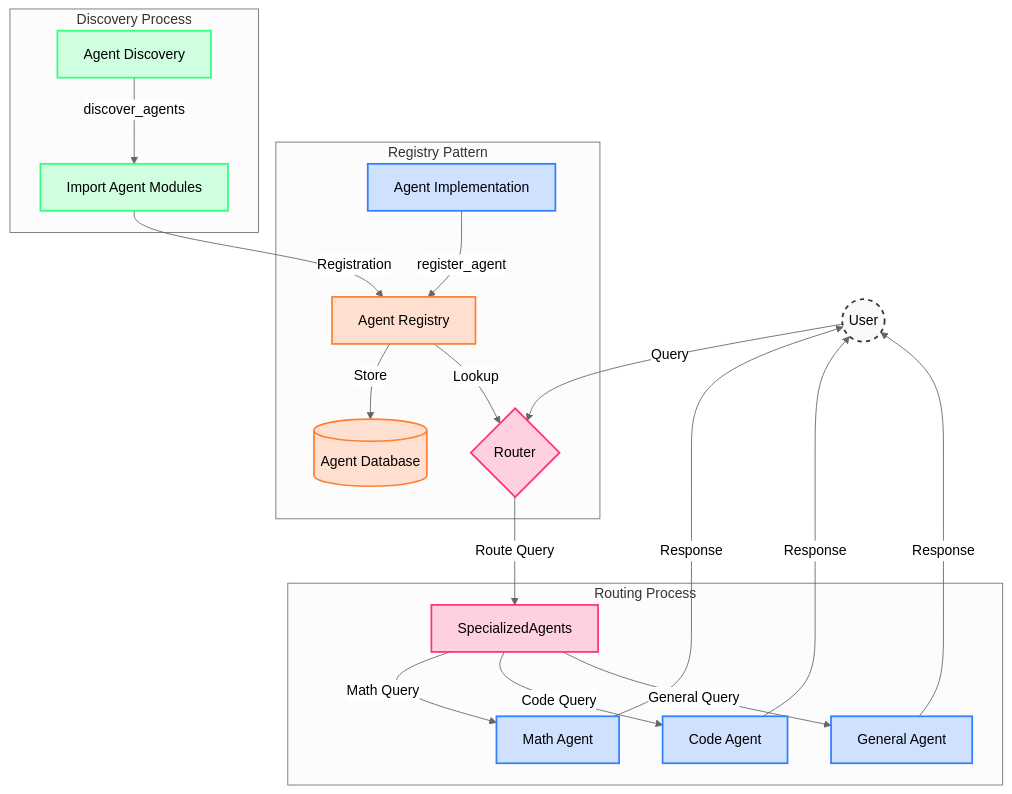
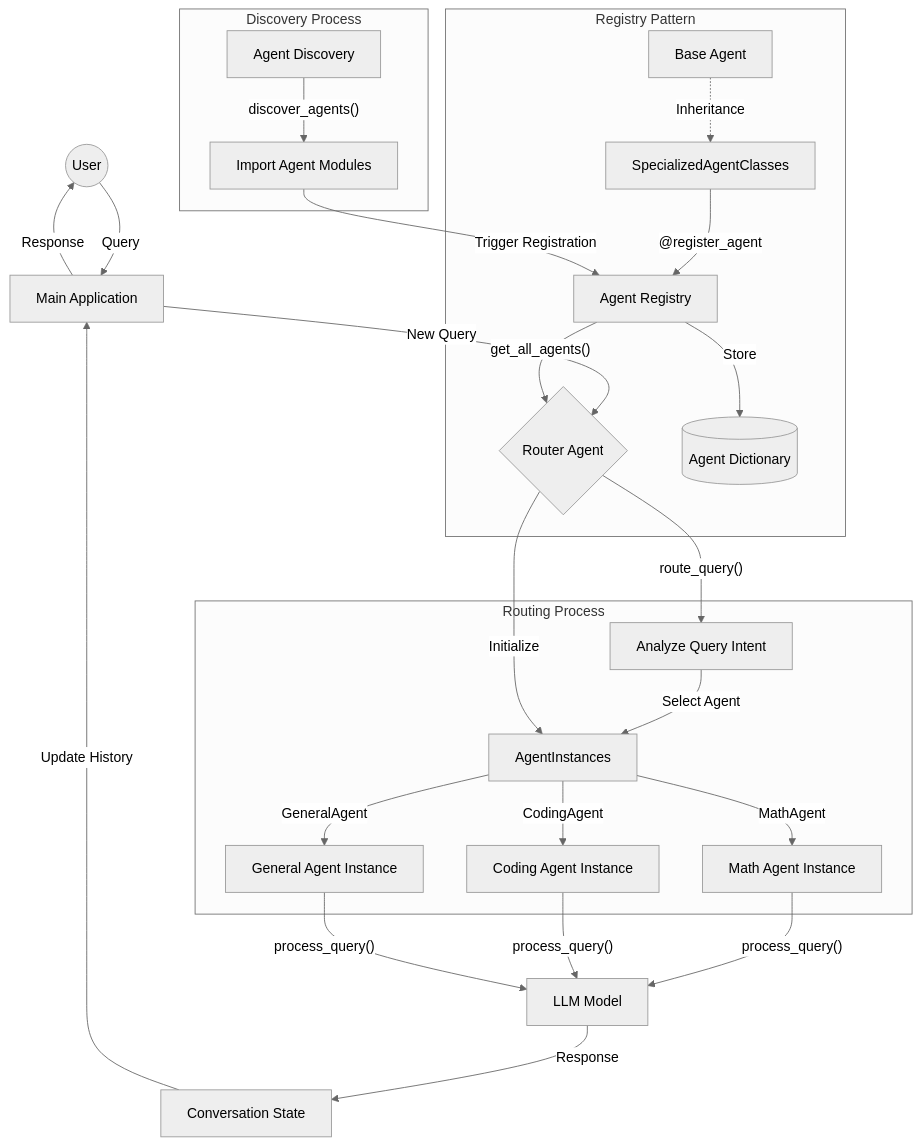
The first of 2 diagrams in README.md (AnuragVikramSingh/multi-agent-registry-kit), drawn with Mermaid (neutral theme) before and after one commit. The commit also changed other lines of this file, not shown here.

Commit message:
Syntax fix for mermaid diagram

````diff
--- a/README.md
+++ b/README.md
@@ -123,38 +123,41 @@
 ```mermaid
 graph TD
-    User((User)) -->|Query| Router
+    User((User)) -->|Query| Main[Main Application]
+    Main -->|New Query| Router
     
-    subgraph "Registry Pattern"
-        B[Agent Registry] -->|Store| AgentDB[(Agent Database)]
-        A[Agent Implementation] -->|"register_agent"| B
-        B -->|Lookup| Router
+    subgraph Registry[Registry Pattern]
+        AgentRegistry[Agent Registry] -->|Store| AgentDict[(Agent Dictionary)]
+        BaseAgent[Base Agent] -.->|Inheritance| SpecializedAgentClasses
+        SpecializedAgentClasses -->|"@register_agent"| AgentRegistry
+        AgentRegistry -->|"get_all_agents()"| Router
     end
     
-    subgraph "Discovery Process"
-        C[Agent Discovery] -->|discover_agents| D[Import Agent Modules]
-        D -->|Registration| B
+    subgraph Discovery[Discovery Process]
+        AgentDiscovery[Agent Discovery] -->|"discover_agents()"| ImportModules[Import Agent Modules]
+        ImportModules -->|Trigger Registration| AgentRegistry
     end
     
-    subgraph "Routing Process"
-        Router{Router} -->|Route Query| SpecializedAgents
-        SpecializedAgents -->|Math Query| MathAgent[Math Agent]
-        SpecializedAgents -->|Code Query| CodeAgent[Code Agent]
-        SpecializedAgents -->|General Query| GenAgent[General Agent]
+    subgraph Routing[Routing Process]
+        Router{Router Agent} -->|"route_query()"| AnalyzeIntent[Analyze Query Intent]
+        AnalyzeIntent -->|Select Agent| AgentInstances
+        Router -->|Initialize| AgentInstances
+        AgentInstances -->|MathAgent| MathInstance[Math Agent Instance]
+        AgentInstances -->|CodingAgent| CodeInstance[Coding Agent Instance]
+        AgentInstances -->|GeneralAgent| GenInstance[General Agent Instance]
     end
     
-    MathAgent -->|Response| User
-    CodeAgent -->|Response| User
-    GenAgent -->|Response| User
+    MathInstance -->|"process_query()"| LLMModel[LLM Model]
+    CodeInstance -->|"process_query()"| LLMModel
+    GenInstance -->|"process_query()"| LLMModel
     
-    classDef registry fill:#ffe0d0,stroke:#ff8030,stroke-width:2px
-    classDef agent fill:#d0e0ff,stroke:#3080ff,stroke-width:2px
-    classDef process fill:#d0ffe0,stroke:#30ff80,stroke-width:2px
-    classDef orchestrator fill:#ffd0e0,stroke:#ff3080,stroke-width:2px
-    classDef user fill:#f9f9f9,stroke:#333,stroke-width:2px,stroke-dasharray: 5 5
+    LLMModel -->|Response| ConvState[Conversation State]
+    ConvState -->|Update History| Main
+    Main -->|Response| User
     
-    class B,AgentDB registry
-    class A,MathAgent,CodeAgent,GenAgent agent
-    class C,D process
-    class Router,SpecializedAgents orchestrator
+    class AgentRegistry,AgentDict registry
+    class BaseAgent,SpecializedAgentClasses,MathInstance,CodeInstance,GenInstance agent
+    class AgentDiscovery,ImportModules,AnalyzeIntent process
+    class Router,AgentInstances orchestrator
     class User user
+    class LLMModel,ConvState model
 ```
````
